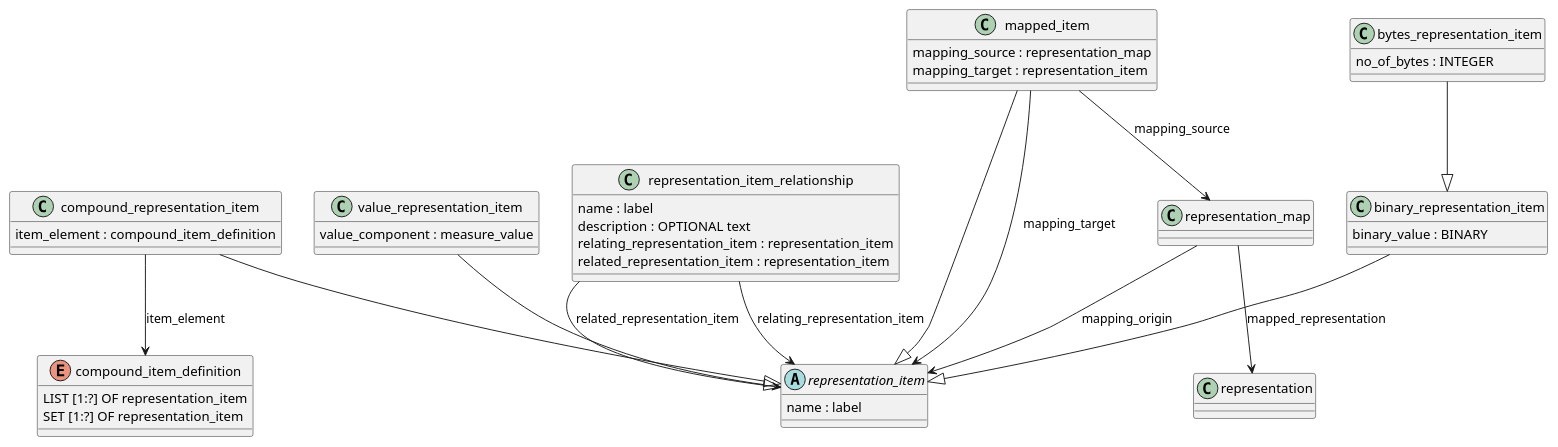
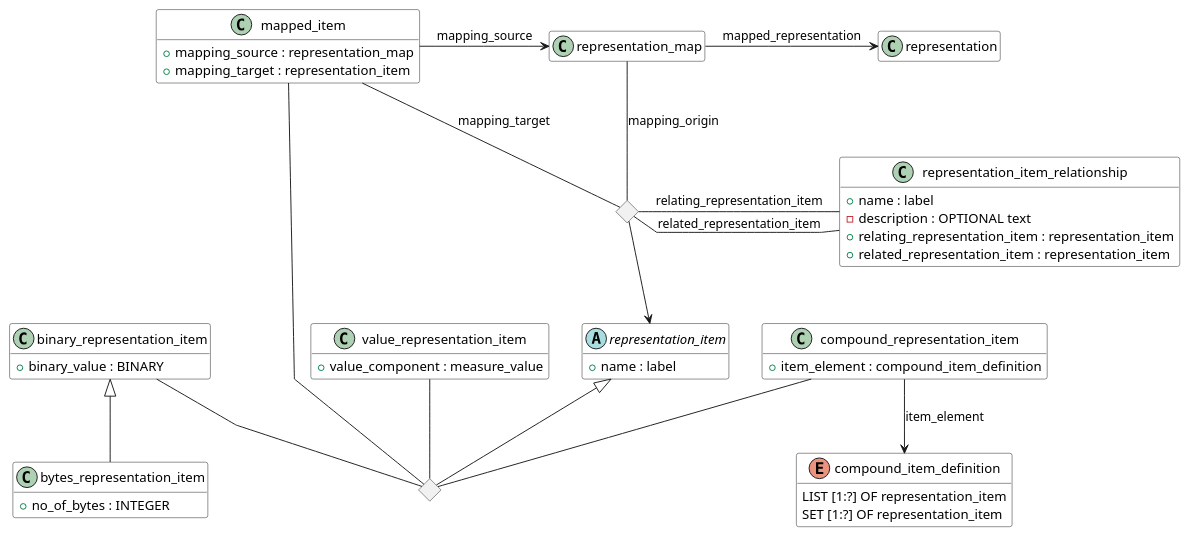
The diagram in 008 Representation/source/representation_item.pu (chukkaba/10303), drawn with PlantUML before and after one commit. The commit also changed 4 other files, not shown here.

```diff
--- a/008 Representation/source/representation_item.pu
+++ b/008 Representation/source/representation_item.pu
@@ -1,64 +1,78 @@
-@startuml
+@startuml representation_item
 
-class binary_representation_item {
-  binary_value : BINARY
+hide empty members
+'!pragma layout smetana
+skinparam Linetype polyline
+
+
+class binary_representation_item #White {
+  +binary_value : BINARY
 }
 
-class bytes_representation_item {
-  no_of_bytes : INTEGER
+class bytes_representation_item #White {
+  +no_of_bytes : INTEGER
 }
 
-class compound_representation_item {
-  item_element : compound_item_definition
+class compound_representation_item #White {
+  +item_element : compound_item_definition
 }
 
-class mapped_item {
-  mapping_source : representation_map
-  mapping_target : representation_item
+class mapped_item #White {
+  +mapping_source : representation_map
+  +mapping_target : representation_item
 }
 
-abstract class representation_item {
-  name : label
+abstract class representation_item #White {
+  +name : label
 }
 
-class representation_item_relationship {
-  name : label
-  description : OPTIONAL text
-  relating_representation_item : representation_item
-  related_representation_item : representation_item
+class representation_item_relationship #White {
+  +name : label
+  - description : OPTIONAL text
+  +relating_representation_item : representation_item
+  +related_representation_item : representation_item
 }
 
-class representation_map {
+class representation_map #White {
 
 }
 
-class value_representation_item {
-  value_component : measure_value
+class value_representation_item #White {
+  +value_component : measure_value
 }
 
-enum compound_item_definition {
+class representation #White {
+
+}
+
+enum compound_item_definition #White {
 LIST [1:?] OF representation_item
 SET [1:?] OF representation_item
 }
 
+<> diamond
+<> diamond2
+
 ' Связи между классами
+diamond -up-|> representation_item
 
-binary_representation_item --|> representation_item
-bytes_representation_item --|> binary_representation_item
-compound_representation_item --|> representation_item
-mapped_item --|> representation_item
-value_representation_item --|> representation_item
+binary_representation_item -- diamond
+compound_representation_item -- diamond
+mapped_item -- diamond
+value_representation_item -- diamond
+bytes_representation_item -up-|> binary_representation_item
 
-representation_item_relationship --> representation_item : relating_representation_item
-representation_item_relationship --> representation_item : related_representation_item
+diamond2 -down-> representation_item
 
-mapped_item --> representation_map : mapping_source
-mapped_item --> representation_item : mapping_target
+representation_item_relationship -left- diamond2 : relating_representation_item
+representation_item_relationship -left- diamond2 : related_representation_item
+mapped_item -- diamond2 : mapping_target
+representation_map -- diamond2 : mapping_origin
 
-representation_map --> representation_item : mapping_origin
+mapped_item -right-> representation_map : mapping_source
 
 compound_representation_item --> compound_item_definition : item_element
 
-representation_map --> representation : mapped_representation
+representation_map -right-> representation : mapped_representation
 
 @enduml
```
